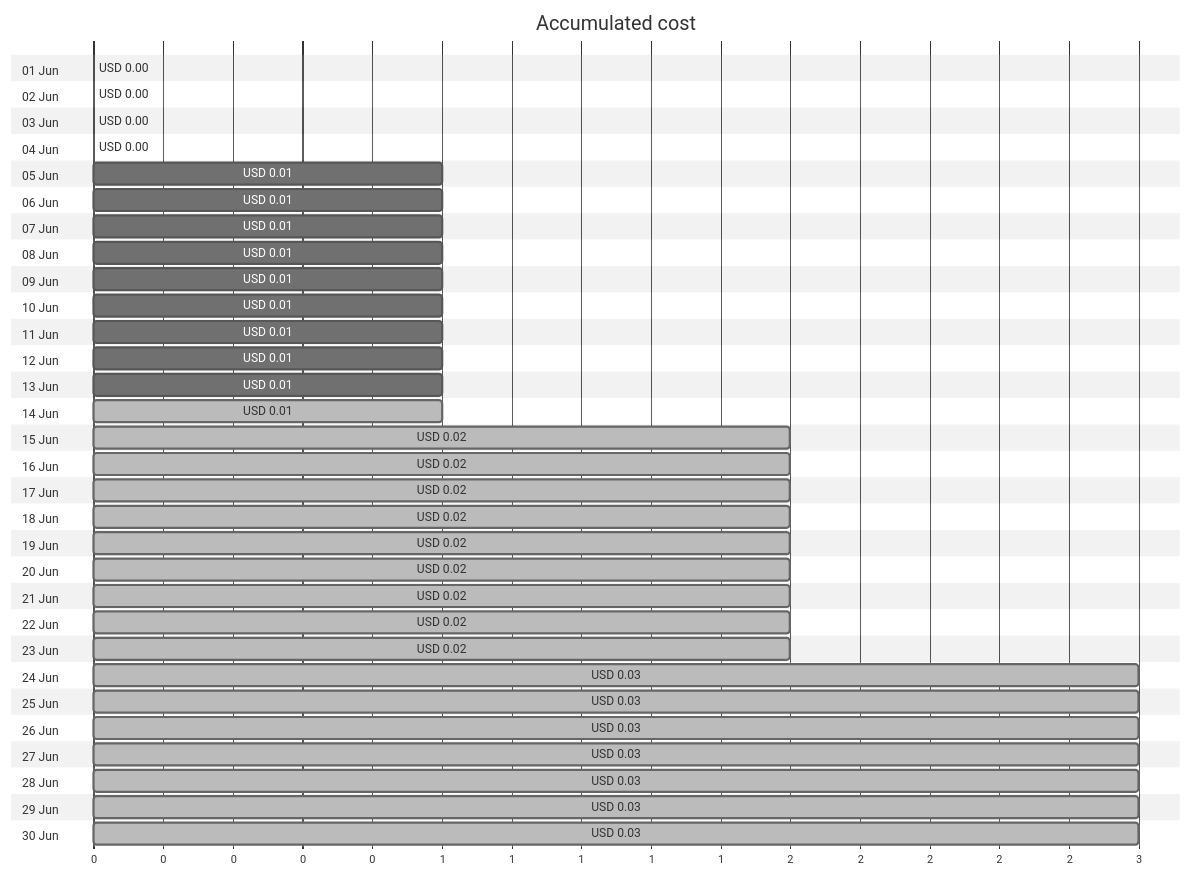
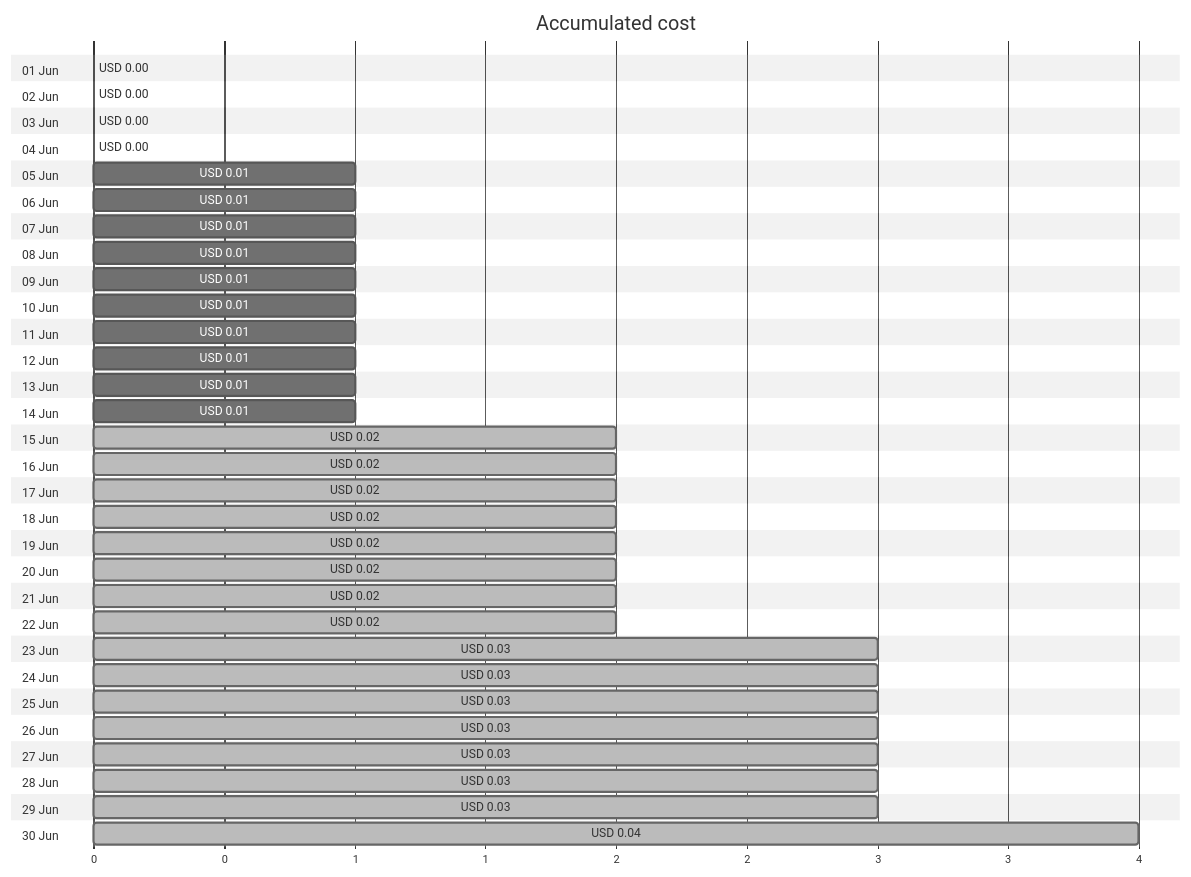
The first of 4 diagrams in cost-reports/personal-site/personalsiteapipreview.md (jpfulton/azure-personal-reports), drawn with Mermaid (neutral theme) before and after one commit. The commit also changed other lines of this file and 6 other files, not shown here.

````diff
--- a/cost-reports/personal-site/personalsiteapipreview.md
+++ b/cost-reports/personal-site/personalsiteapipreview.md
@@ -20,66 +20,66 @@
 ```mermaid
 gantt
    title Accumulated cost
    dateFormat  X
    axisFormat %s
    section 01 Jun
    USD 0.00 :0, 0
    section 02 Jun
    USD 0.00 :0, 0
    section 03 Jun
    USD 0.00 :0, 0
    section 04 Jun
    USD 0.00 :0, 0
    section 05 Jun
    USD 0.01 :0, 1
    section 06 Jun
    USD 0.01 :0, 1
    section 07 Jun
    USD 0.01 :0, 1
    section 08 Jun
    USD 0.01 :0, 1
    section 09 Jun
    USD 0.01 :0, 1
    section 10 Jun
    USD 0.01 :0, 1
    section 11 Jun
    USD 0.01 :0, 1
    section 12 Jun
    USD 0.01 :0, 1
    section 13 Jun
    USD 0.01 :0, 1
    section 14 Jun
-   USD 0.01 : done, 0, 1
+   USD 0.01 :0, 1
    section 15 Jun
    USD 0.02 : done, 0, 2
    section 16 Jun
    USD 0.02 : done, 0, 2
    section 17 Jun
    USD 0.02 : done, 0, 2
    section 18 Jun
    USD 0.02 : done, 0, 2
    section 19 Jun
    USD 0.02 : done, 0, 2
    section 20 Jun
    USD 0.02 : done, 0, 2
    section 21 Jun
    USD 0.02 : done, 0, 2
    section 22 Jun
    USD 0.02 : done, 0, 2
    section 23 Jun
-   USD 0.02 : done, 0, 2
+   USD 0.03 : done, 0, 3
    section 24 Jun
    USD 0.03 : done, 0, 3
    section 25 Jun
    USD 0.03 : done, 0, 3
    section 26 Jun
    USD 0.03 : done, 0, 3
    section 27 Jun
    USD 0.03 : done, 0, 3
    section 28 Jun
    USD 0.03 : done, 0, 3
    section 29 Jun
    USD 0.03 : done, 0, 3
    section 30 Jun
-   USD 0.03 : done, 0, 3
+   USD 0.04 : done, 0, 4
 ```
````
